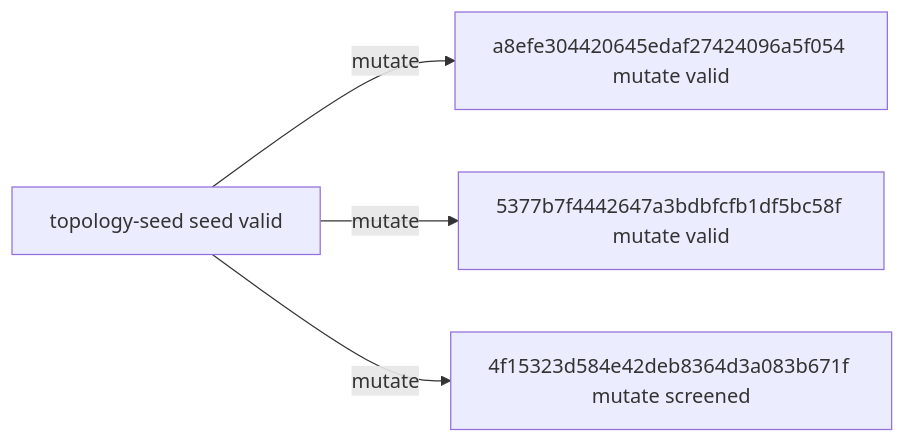
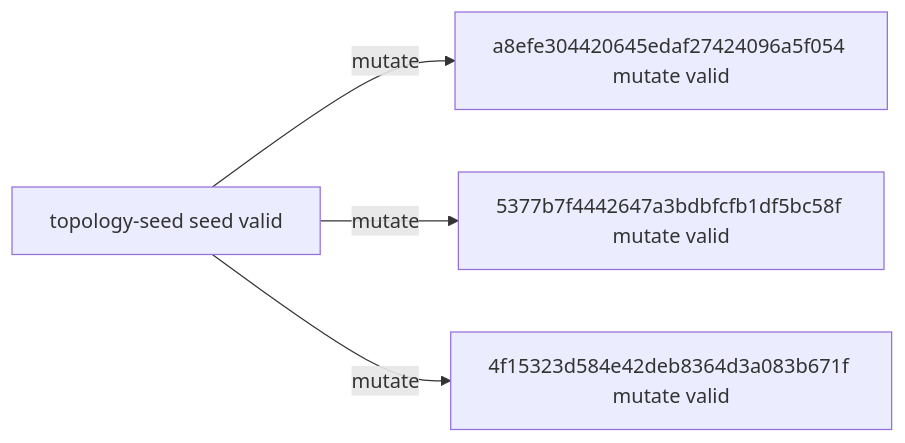
The diagram in experiments/campaigns/astra-group-numerical-v3/README.md (timbtz/feyer-search-lab), drawn with Mermaid before and after one commit. The commit also changed other lines of this file and 7 other files, not shown here.

````diff
--- a/experiments/campaigns/astra-group-numerical-v3/README.md
+++ b/experiments/campaigns/astra-group-numerical-v3/README.md
@@ -21,10 +21,10 @@
 ```mermaid
 graph LR
   n0["topology-seed seed valid"]
   n1["a8efe304420645edaf27424096a5f054 mutate valid"]
   n2["5377b7f4442647a3bdbfcfb1df5bc58f mutate valid"]
-  n3["4f15323d584e42deb8364d3a083b671f mutate screened"]
+  n3["4f15323d584e42deb8364d3a083b671f mutate valid"]
   n0 -->|mutate| n1
   n0 -->|mutate| n2
   n0 -->|mutate| n3
 ```
````
